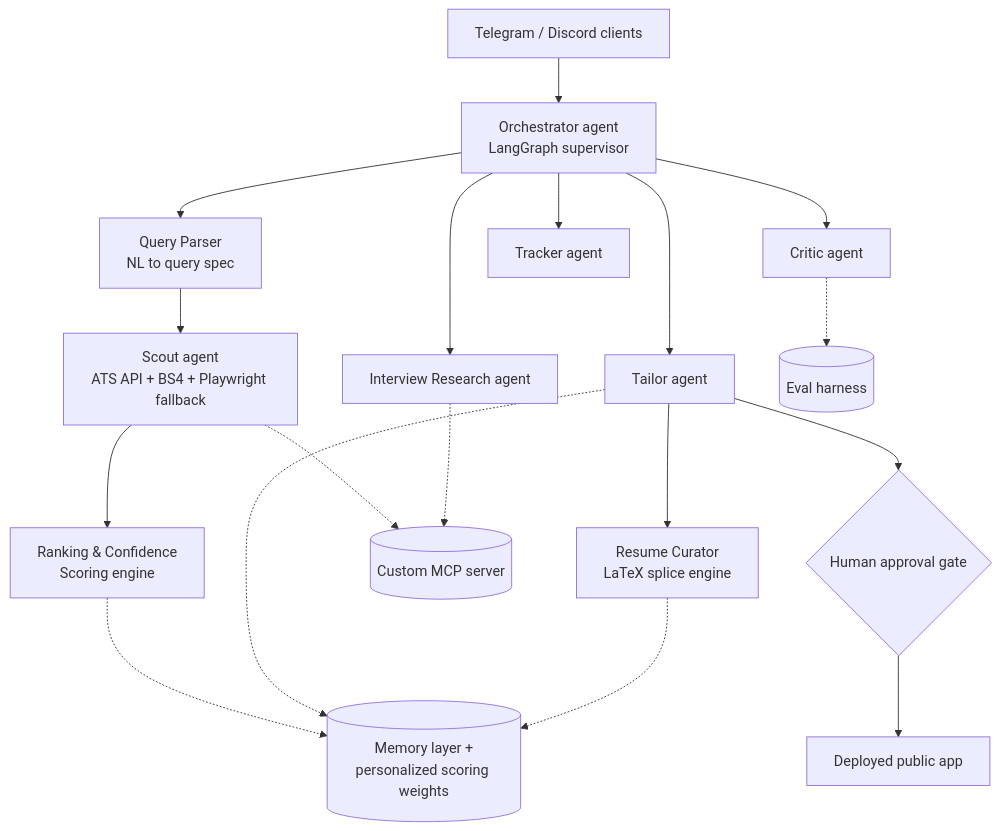
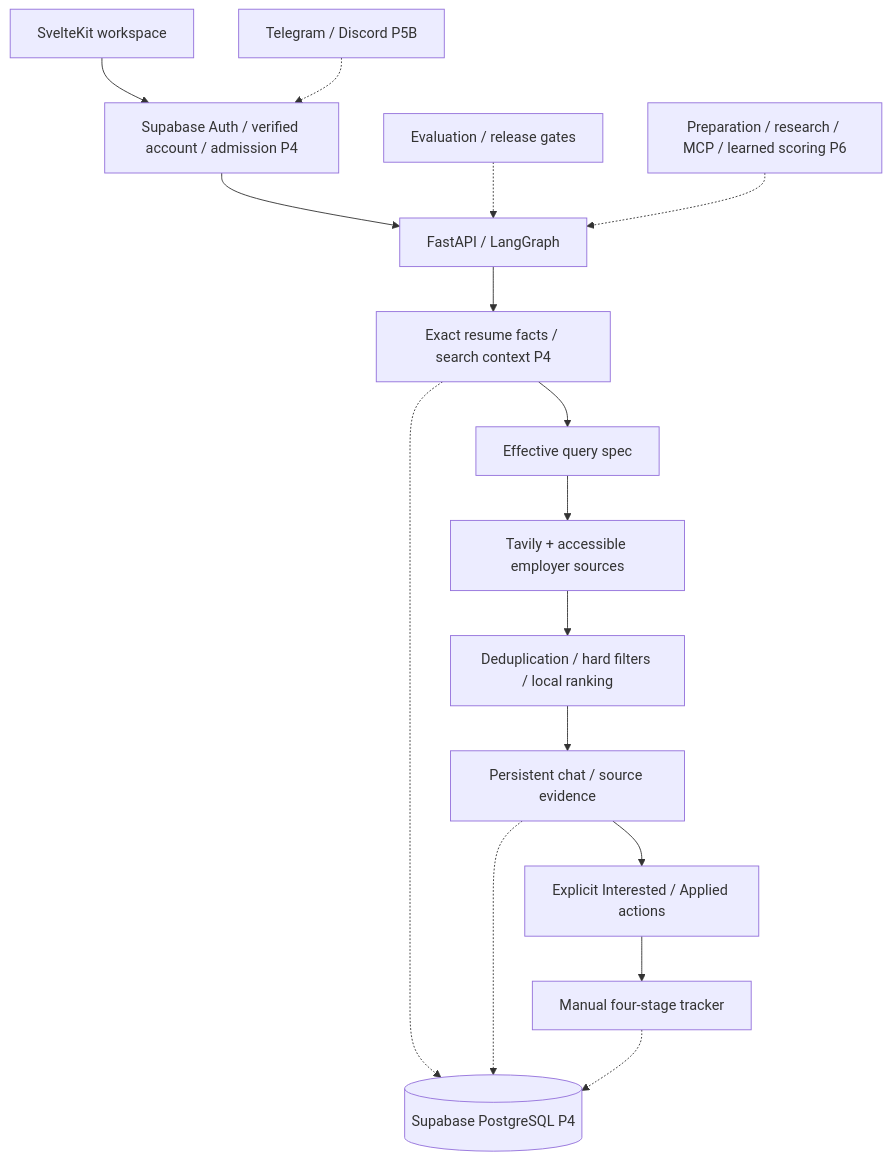
The diagram in spec/architecture.md (vKaran25/carrer-ops), drawn with Mermaid before and after one commit. The commit also changed other lines of this file and 59 other files, not shown here.

Commit message:
Build P4 job discovery, search memory, and location scoring

````diff
--- a/spec/architecture.md
+++ b/spec/architecture.md
@@ -3,33 +5,18 @@
 ```mermaid
 flowchart TD
-    O[Orchestrator agent<br/>LangGraph supervisor]
-    QP[Query Parser<br/>NL to query spec]
-    S[Scout agent<br/>ATS API + BS4 + Playwright fallback]
-    RANK[Ranking & Confidence<br/>Scoring engine]
-    T[Tailor agent]
-    RC[Resume Curator<br/>LaTeX splice engine]
-    C[Critic agent]
-    IR[Interview Research agent]
-    TR[Tracker agent]
-    M[(Memory layer +<br/>personalized scoring weights)]
-    E[(Eval harness)]
-    MCP[(Custom MCP server)]
-    H{Human approval gate}
-    D[Deployed public app]
-    BOT[Telegram / Discord clients]
-
-    O --> QP --> S --> RANK
-    O --> T --> RC
-    O --> C
-    O --> IR
-    O --> TR
-    RANK -.-> M
-    T -.-> M
-    RC -.-> M
-    C -.-> E
-    S -.-> MCP
-    IR -.-> MCP
-    T --> H
-    H --> D
-    BOT --> O
+    W[SvelteKit workspace] --> A[Supabase Auth / verified account / admission P4]
+    A --> O[FastAPI / LangGraph]
+    O --> M[Exact resume facts / search context P4]
+    M --> Q[Effective query spec]
+    Q --> S[Tavily + accessible employer sources]
+    S --> R[Deduplication / hard filters / local ranking]
+    R --> C[Persistent chat / source evidence]
+    C --> H[Explicit Interested / Applied actions]
+    H --> T[Manual four-stage tracker]
+    M -.-> D[(Supabase PostgreSQL P4)]
+    C -.-> D
+    T -.-> D
+    E[Evaluation / release gates] -.-> O
+    B[Telegram / Discord P5B] -.-> A
+    U[Preparation / research / MCP / learned scoring P6] -.-> O
 ```
````
